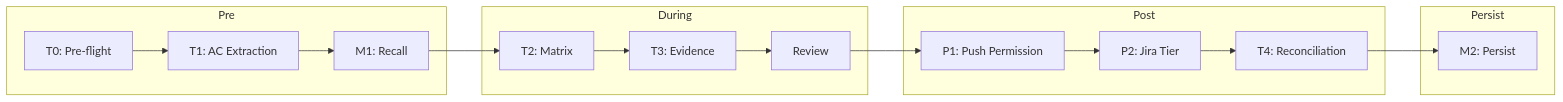
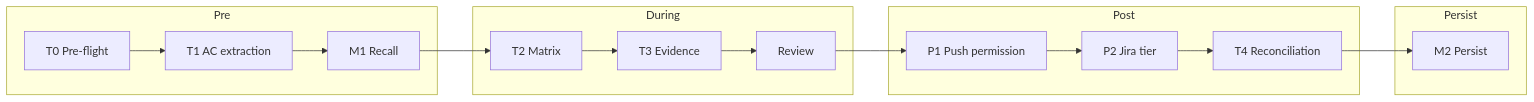
Before and after one commit to hoainho/janus: the second of 3 diagrams in README.md, drawn with Mermaid. The commit also changed other lines of this file and 3 other files, not shown here.

````diff
--- a/README.md
+++ b/README.md
@@ -114,22 +153,22 @@
 ```mermaid
 flowchart LR
-    subgraph "Pre"
-        T0[T0: Pre-flight]
-        T1[T1: AC Extraction]
-        M1[M1: Recall]
+    subgraph Pre
+        T0[T0 Pre-flight]
+        T1[T1 AC extraction]
+        M1[M1 Recall]
     end
-    subgraph "During"
-        T2[T2: Matrix]
-        T3[T3: Evidence]
+    subgraph During
+        T2[T2 Matrix]
+        T3[T3 Evidence]
         REV[Review]
     end
-    subgraph "Post"
-        P1[P1: Push Permission]
-        P2[P2: Jira Tier]
-        T4[T4: Reconciliation]
+    subgraph Post
+        P1[P1 Push permission]
+        P2[P2 Jira tier]
+        T4[T4 Reconciliation]
     end
-    subgraph "Persist"
-        M2[M2: Persist]
+    subgraph Persist
+        M2[M2 Persist]
     end
     T0 --> T1 --> M1 --> T2 --> T3 --> REV --> P1 --> P2 --> T4 --> M2
 ```
````
